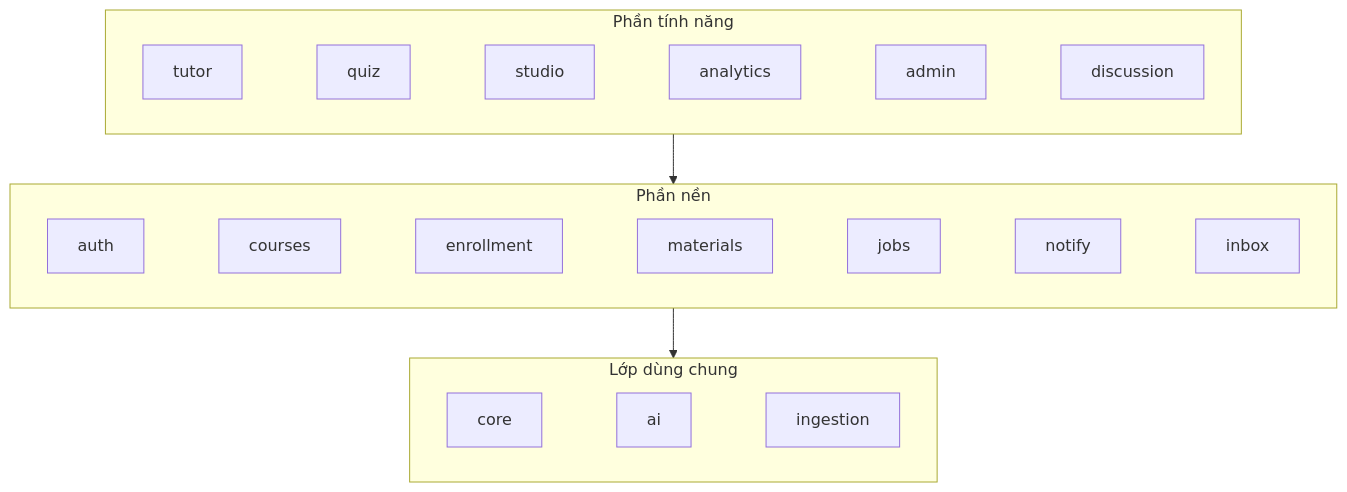
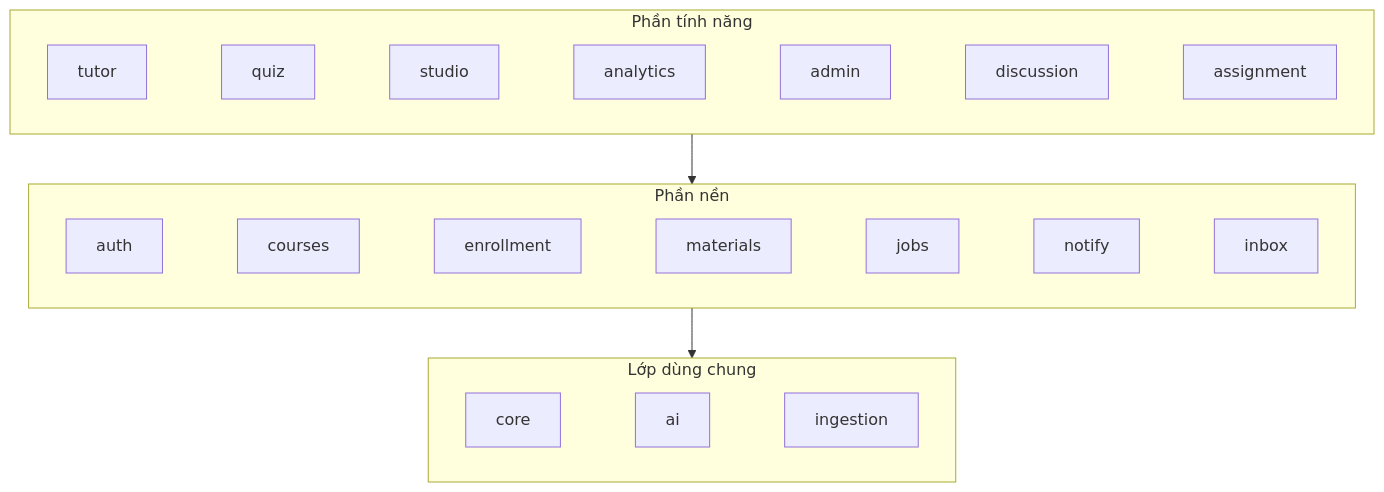
The diagram in docs/architecture/modules.md (nthc51/lms-ai), drawn with Mermaid before and after one commit. The commit also changed other lines of this file and 3 other files, not shown here.

````diff
--- a/docs/architecture/modules.md
+++ b/docs/architecture/modules.md
@@ -42,13 +43,13 @@
 ```mermaid
 flowchart TB
     subgraph F[Phần tính năng]
-        TUT[tutor] ~~~ QZ[quiz] ~~~ STU[studio] ~~~ ANA[analytics] ~~~ ADM[admin] ~~~ DIS[discussion]
+        TUT[tutor] ~~~ QZ[quiz] ~~~ STU[studio] ~~~ ANA[analytics] ~~~ ADM[admin] ~~~ DIS[discussion] ~~~ ASG[assignment]
     end
     subgraph B[Phần nền]
         AUTH[auth] ~~~ CRS[courses] ~~~ ENR[enrollment] ~~~ MAT[materials] ~~~ JOB[jobs] ~~~ NTF[notify] ~~~ INB[inbox]
     end
     subgraph L[Lớp dùng chung]
         CORE[core] ~~~ AI[ai] ~~~ ING[ingestion]
     end
     F --> B --> L
 ```
````
